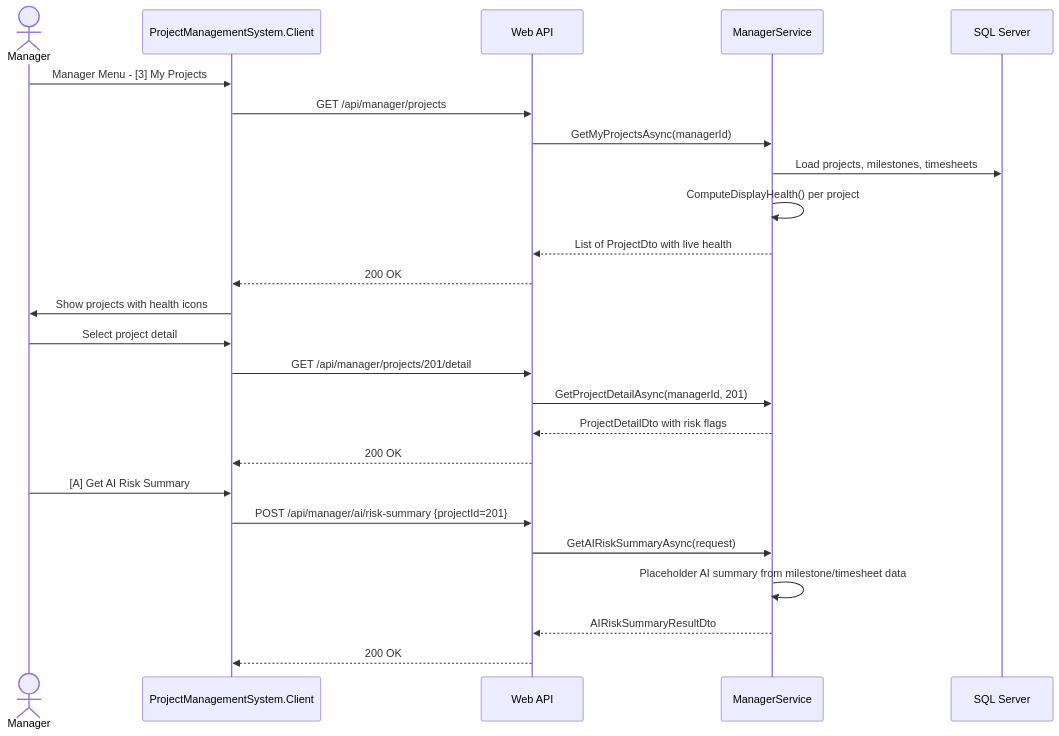
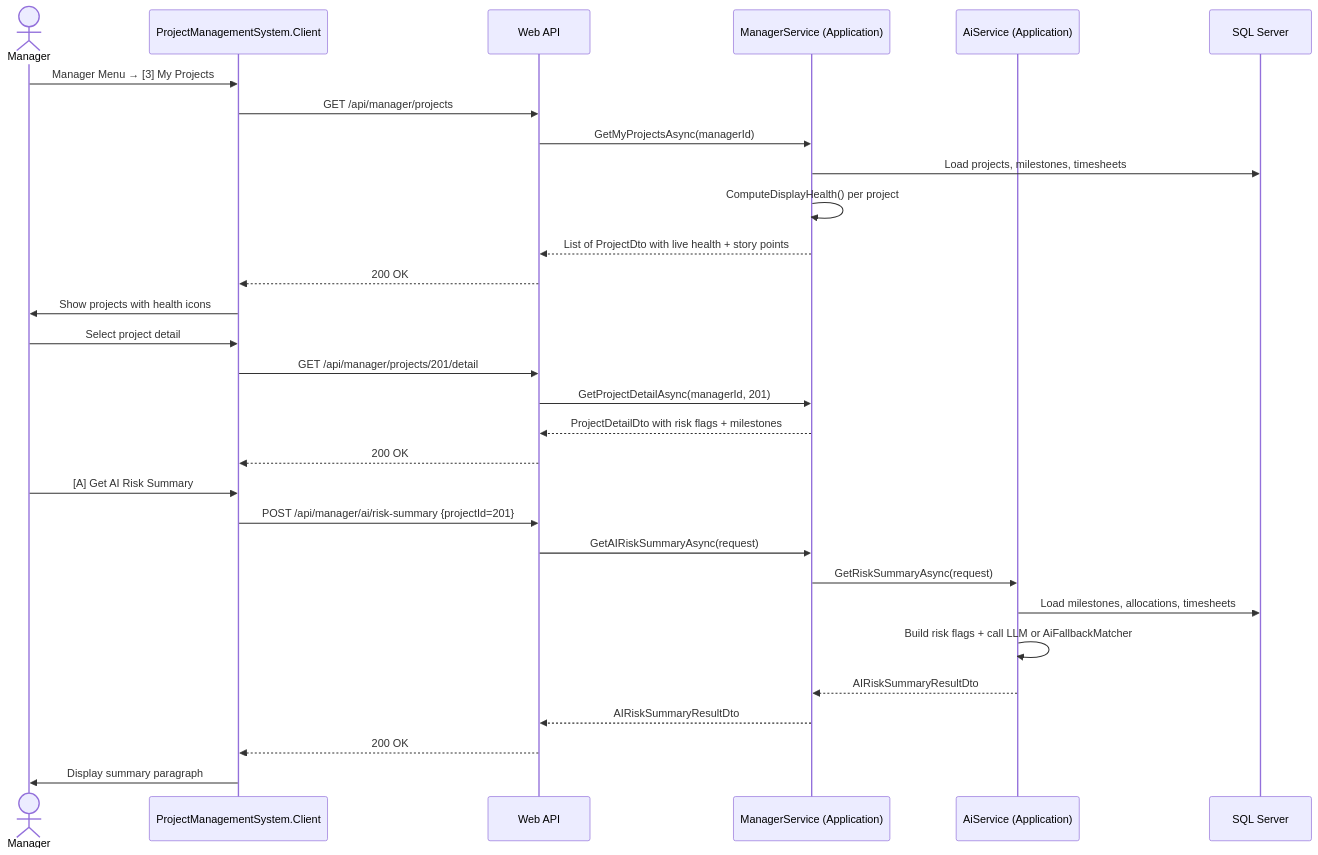
Before and after one commit to HariAdk/PRM: the ninth of 14 diagrams in docs/Solution/Sequence_Diagram.md, drawn with Mermaid. The commit also changed other lines of this file and 21 other files, not shown here.

Commit message:
Updated diagrams

````diff
--- a/docs/Solution/Sequence_Diagram.md
+++ b/docs/Solution/Sequence_Diagram.md
@@ -343,30 +344,35 @@
 ```mermaid
 sequenceDiagram
     actor Manager
     participant Client as ProjectManagementSystem.Client
     participant API    as Web API
-    participant MgrSvc as ManagerService
+    participant MgrSvc as ManagerService (Application)
+    participant AiSvc  as AiService (Application)
     participant DB     as SQL Server
 
-    Manager->>Client: Manager Menu - [3] My Projects
+    Manager->>Client: Manager Menu → [3] My Projects
     Client->>API: GET /api/manager/projects
     API->>MgrSvc: GetMyProjectsAsync(managerId)
     MgrSvc->>DB: Load projects, milestones, timesheets
     MgrSvc->>MgrSvc: ComputeDisplayHealth() per project
-    MgrSvc-->>API: List of ProjectDto with live health
+    MgrSvc-->>API: List of ProjectDto with live health + story points
     API-->>Client: 200 OK
     Client->>Manager: Show projects with health icons
 
     Manager->>Client: Select project detail
     Client->>API: GET /api/manager/projects/201/detail
     API->>MgrSvc: GetProjectDetailAsync(managerId, 201)
-    MgrSvc-->>API: ProjectDetailDto with risk flags
+    MgrSvc-->>API: ProjectDetailDto with risk flags + milestones
     API-->>Client: 200 OK
 
     Manager->>Client: [A] Get AI Risk Summary
     Client->>API: POST /api/manager/ai/risk-summary {projectId=201}
     API->>MgrSvc: GetAIRiskSummaryAsync(request)
-    MgrSvc->>MgrSvc: Placeholder AI summary from milestone/timesheet data
+    MgrSvc->>AiSvc: GetRiskSummaryAsync(request)
+    AiSvc->>DB: Load milestones, allocations, timesheets
+    AiSvc->>AiSvc: Build risk flags + call LLM or AiFallbackMatcher
+    AiSvc-->>MgrSvc: AIRiskSummaryResultDto
     MgrSvc-->>API: AIRiskSummaryResultDto
     API-->>Client: 200 OK
+    Client->>Manager: Display summary paragraph
 ```
````
